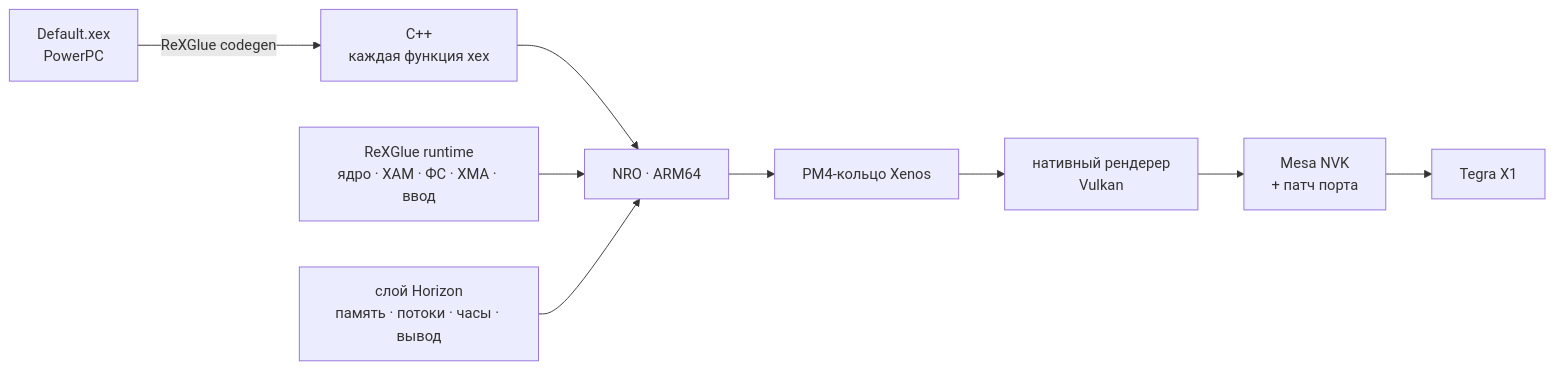
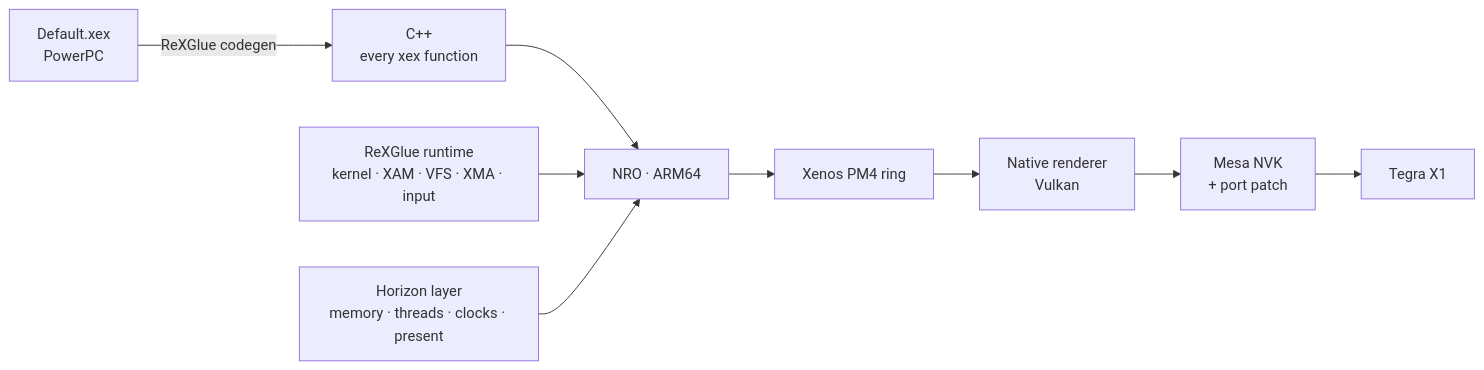
One commit to XDASCATX/DS2_switch changed the diagram in README.md. Above: the diagram before and after it, drawn with Mermaid. The commit also changed other lines of this file, not shown here.

````diff
--- a/README.md
+++ b/README.md
@@ -26,10 +27,10 @@
 ```mermaid
 flowchart LR
-    XEX["Default.xex<br/>PowerPC"] -->|ReXGlue codegen| CPP["C++<br/>каждая функция xex"]
+    XEX["Default.xex<br/>PowerPC"] -->|ReXGlue codegen| CPP["C++<br/>every xex function"]
     CPP --> NRO["NRO · ARM64"]
-    RT["ReXGlue runtime<br/>ядро · XAM · ФС · XMA · ввод"] --> NRO
-    HZN["слой Horizon<br/>память · потоки · часы · вывод"] --> NRO
-    NRO --> PM4["PM4-кольцо Xenos"]
-    PM4 --> NAT["нативный рендерер<br/>Vulkan"]
-    NAT --> NVK["Mesa NVK<br/>+ патч порта"] --> GPU["Tegra X1"]
+    RT["ReXGlue runtime<br/>kernel · XAM · VFS · XMA · input"] --> NRO
+    HZN["Horizon layer<br/>memory · threads · clocks · present"] --> NRO
+    NRO --> PM4["Xenos PM4 ring"]
+    PM4 --> NAT["Native renderer<br/>Vulkan"]
+    NAT --> NVK["Mesa NVK<br/>+ port patch"] --> GPU["Tegra X1"]
 ```
````
